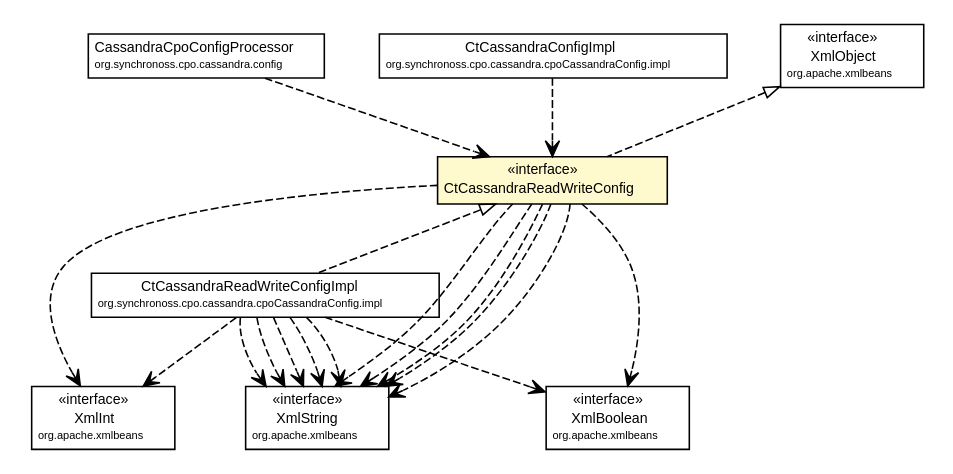
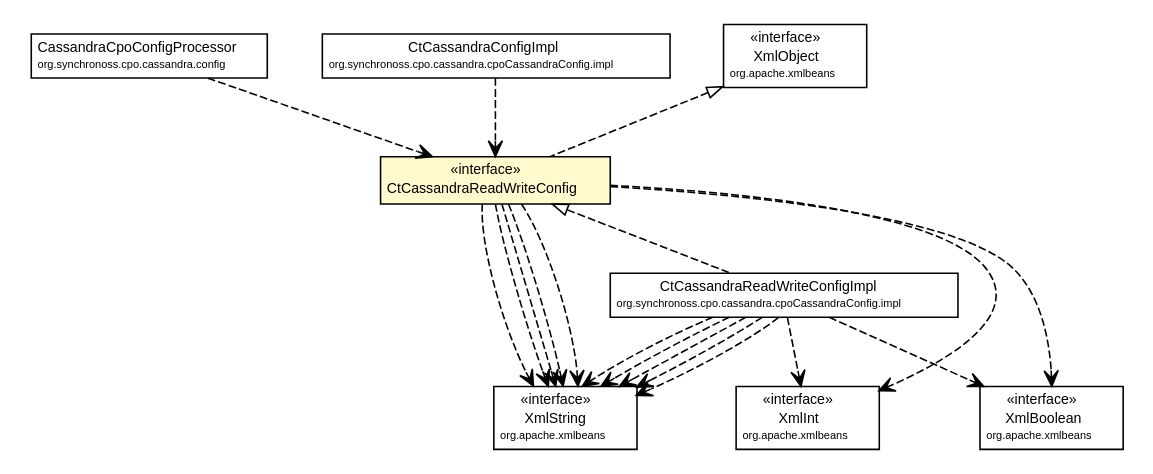
The diagram in site/apidocs/org/synchronoss/cpo/cassandra/cpoCassandraConfig/CtCassandraReadWriteConfig.dot (synchronoss/cpo-api), drawn with Graphviz before and after one commit. The commit also changed 861 other files, not shown here.

```diff
--- a/site/apidocs/org/synchronoss/cpo/cassandra/cpoCassandraConfig/CtCassandraReadWriteConfig.dot
+++ b/site/apidocs/org/synchronoss/cpo/cassandra/cpoCassandraConfig/CtCassandraReadWriteConfig.dot
@@ -1,106 +1,106 @@
 #!/usr/local/bin/dot
 #
 # Class diagram 
 # Generated by UmlGraph version 4.6 (http://www.spinellis.gr/sw/umlgraph)
 #
 
 digraph G {
 	edge [fontname="Helvetica",fontsize=10,labelfontname="Helvetica",labelfontsize=10];
 	node [fontname="Helvetica",fontsize=10,shape=plaintext];
 	// org.synchronoss.cpo.cassandra.config.CassandraCpoConfigProcessor
 	c51211 [label=<<table border="0" cellborder="1" cellspacing="0" cellpadding="2" port="p" href="../config/CassandraCpoConfigProcessor.html">
 		<tr><td><table border="0" cellspacing="0" cellpadding="1">
 			<tr><td> CassandraCpoConfigProcessor </td></tr>
 			<tr><td><font point-size="7.0"> org.synchronoss.cpo.cassandra.config </font></td></tr>
 		</table></td></tr>
 		</table>>, fontname="Helvetica", fontcolor="black", fontsize=9.0];
 	// org.synchronoss.cpo.cassandra.cpoCassandraConfig.CtCassandraReadWriteConfig
 	c51230 [label=<<table border="0" cellborder="1" cellspacing="0" cellpadding="2" port="p" bgcolor="lemonChiffon" href="./CtCassandraReadWriteConfig.html">
 		<tr><td><table border="0" cellspacing="0" cellpadding="1">
 			<tr><td> &laquo;interface&raquo; </td></tr>
 			<tr><td> CtCassandraReadWriteConfig </td></tr>
 		</table></td></tr>
 		</table>>, fontname="Helvetica", fontcolor="black", fontsize=9.0];
 	// org.synchronoss.cpo.cassandra.cpoCassandraConfig.impl.CtCassandraReadWriteConfigImpl
 	c51237 [label=<<table border="0" cellborder="1" cellspacing="0" cellpadding="2" port="p" href="./impl/CtCassandraReadWriteConfigImpl.html">
 		<tr><td><table border="0" cellspacing="0" cellpadding="1">
 			<tr><td> CtCassandraReadWriteConfigImpl </td></tr>
 			<tr><td><font point-size="7.0"> org.synchronoss.cpo.cassandra.cpoCassandraConfig.impl </font></td></tr>
 		</table></td></tr>
 		</table>>, fontname="Helvetica", fontcolor="black", fontsize=9.0];
 	// org.synchronoss.cpo.cassandra.cpoCassandraConfig.impl.CtCassandraConfigImpl
 	c51238 [label=<<table border="0" cellborder="1" cellspacing="0" cellpadding="2" port="p" href="./impl/CtCassandraConfigImpl.html">
 		<tr><td><table border="0" cellspacing="0" cellpadding="1">
 			<tr><td> CtCassandraConfigImpl </td></tr>
 			<tr><td><font point-size="7.0"> org.synchronoss.cpo.cassandra.cpoCassandraConfig.impl </font></td></tr>
 		</table></td></tr>
 		</table>>, fontname="Helvetica", fontcolor="black", fontsize=9.0];
 	//org.synchronoss.cpo.cassandra.cpoCassandraConfig.CtCassandraReadWriteConfig implements org.apache.xmlbeans.XmlObject
 	c51244:p -> c51230:p [dir=back,arrowtail=empty,style=dashed];
 	//org.synchronoss.cpo.cassandra.cpoCassandraConfig.impl.CtCassandraReadWriteConfigImpl implements org.synchronoss.cpo.cassandra.cpoCassandraConfig.CtCassandraReadWriteConfig
 	c51230:p -> c51237:p [dir=back,arrowtail=empty,style=dashed];
 	// org.synchronoss.cpo.cassandra.config.CassandraCpoConfigProcessor DEPEND org.synchronoss.cpo.cassandra.cpoCassandraConfig.CtCassandraReadWriteConfig
 	c51211:p -> c51230:p [taillabel="", label="", headlabel="", fontname="Helvetica", fontcolor="black", fontsize=10.0, color="black", arrowhead=open, style=dashed];
-	// org.synchronoss.cpo.cassandra.cpoCassandraConfig.CtCassandraReadWriteConfig DEPEND org.apache.xmlbeans.XmlInt
+	// org.synchronoss.cpo.cassandra.cpoCassandraConfig.CtCassandraReadWriteConfig DEPEND org.apache.xmlbeans.XmlString
 	c51230:p -> c51245:p [taillabel="", label="", headlabel="", fontname="Helvetica", fontcolor="black", fontsize=10.0, color="black", arrowhead=open, style=dashed];
 	// org.synchronoss.cpo.cassandra.cpoCassandraConfig.CtCassandraReadWriteConfig DEPEND org.apache.xmlbeans.XmlString
+	c51230:p -> c51245:p [taillabel="", label="", headlabel="", fontname="Helvetica", fontcolor="black", fontsize=10.0, color="black", arrowhead=open, style=dashed];
+	// org.synchronoss.cpo.cassandra.cpoCassandraConfig.CtCassandraReadWriteConfig DEPEND org.apache.xmlbeans.XmlString
+	c51230:p -> c51245:p [taillabel="", label="", headlabel="", fontname="Helvetica", fontcolor="black", fontsize=10.0, color="black", arrowhead=open, style=dashed];
+	// org.synchronoss.cpo.cassandra.cpoCassandraConfig.CtCassandraReadWriteConfig DEPEND org.apache.xmlbeans.XmlInt
 	c51230:p -> c51246:p [taillabel="", label="", headlabel="", fontname="Helvetica", fontcolor="black", fontsize=10.0, color="black", arrowhead=open, style=dashed];
 	// org.synchronoss.cpo.cassandra.cpoCassandraConfig.CtCassandraReadWriteConfig DEPEND org.apache.xmlbeans.XmlString
-	c51230:p -> c51246:p [taillabel="", label="", headlabel="", fontname="Helvetica", fontcolor="black", fontsize=10.0, color="black", arrowhead=open, style=dashed];
+	c51230:p -> c51245:p [taillabel="", label="", headlabel="", fontname="Helvetica", fontcolor="black", fontsize=10.0, color="black", arrowhead=open, style=dashed];
 	// org.synchronoss.cpo.cassandra.cpoCassandraConfig.CtCassandraReadWriteConfig DEPEND org.apache.xmlbeans.XmlString
-	c51230:p -> c51246:p [taillabel="", label="", headlabel="", fontname="Helvetica", fontcolor="black", fontsize=10.0, color="black", arrowhead=open, style=dashed];
-	// org.synchronoss.cpo.cassandra.cpoCassandraConfig.CtCassandraReadWriteConfig DEPEND org.apache.xmlbeans.XmlString
-	c51230:p -> c51246:p [taillabel="", label="", headlabel="", fontname="Helvetica", fontcolor="black", fontsize=10.0, color="black", arrowhead=open, style=dashed];
-	// org.synchronoss.cpo.cassandra.cpoCassandraConfig.CtCassandraReadWriteConfig DEPEND org.apache.xmlbeans.XmlString
-	c51230:p -> c51246:p [taillabel="", label="", headlabel="", fontname="Helvetica", fontcolor="black", fontsize=10.0, color="black", arrowhead=open, style=dashed];
+	c51230:p -> c51245:p [taillabel="", label="", headlabel="", fontname="Helvetica", fontcolor="black", fontsize=10.0, color="black", arrowhead=open, style=dashed];
 	// org.synchronoss.cpo.cassandra.cpoCassandraConfig.CtCassandraReadWriteConfig DEPEND org.apache.xmlbeans.XmlBoolean
 	c51230:p -> c51247:p [taillabel="", label="", headlabel="", fontname="Helvetica", fontcolor="black", fontsize=10.0, color="black", arrowhead=open, style=dashed];
 	// org.synchronoss.cpo.cassandra.cpoCassandraConfig.impl.CtCassandraReadWriteConfigImpl DEPEND org.apache.xmlbeans.XmlString
+	c51237:p -> c51245:p [taillabel="", label="", headlabel="", fontname="Helvetica", fontcolor="black", fontsize=10.0, color="black", arrowhead=open, style=dashed];
+	// org.synchronoss.cpo.cassandra.cpoCassandraConfig.impl.CtCassandraReadWriteConfigImpl DEPEND org.apache.xmlbeans.XmlString
+	c51237:p -> c51245:p [taillabel="", label="", headlabel="", fontname="Helvetica", fontcolor="black", fontsize=10.0, color="black", arrowhead=open, style=dashed];
+	// org.synchronoss.cpo.cassandra.cpoCassandraConfig.impl.CtCassandraReadWriteConfigImpl DEPEND org.apache.xmlbeans.XmlString
+	c51237:p -> c51245:p [taillabel="", label="", headlabel="", fontname="Helvetica", fontcolor="black", fontsize=10.0, color="black", arrowhead=open, style=dashed];
+	// org.synchronoss.cpo.cassandra.cpoCassandraConfig.impl.CtCassandraReadWriteConfigImpl DEPEND org.apache.xmlbeans.XmlInt
 	c51237:p -> c51246:p [taillabel="", label="", headlabel="", fontname="Helvetica", fontcolor="black", fontsize=10.0, color="black", arrowhead=open, style=dashed];
 	// org.synchronoss.cpo.cassandra.cpoCassandraConfig.impl.CtCassandraReadWriteConfigImpl DEPEND org.apache.xmlbeans.XmlString
-	c51237:p -> c51246:p [taillabel="", label="", headlabel="", fontname="Helvetica", fontcolor="black", fontsize=10.0, color="black", arrowhead=open, style=dashed];
-	// org.synchronoss.cpo.cassandra.cpoCassandraConfig.impl.CtCassandraReadWriteConfigImpl DEPEND org.apache.xmlbeans.XmlInt
 	c51237:p -> c51245:p [taillabel="", label="", headlabel="", fontname="Helvetica", fontcolor="black", fontsize=10.0, color="black", arrowhead=open, style=dashed];
 	// org.synchronoss.cpo.cassandra.cpoCassandraConfig.impl.CtCassandraReadWriteConfigImpl DEPEND org.apache.xmlbeans.XmlString
-	c51237:p -> c51246:p [taillabel="", label="", headlabel="", fontname="Helvetica", fontcolor="black", fontsize=10.0, color="black", arrowhead=open, style=dashed];
-	// org.synchronoss.cpo.cassandra.cpoCassandraConfig.impl.CtCassandraReadWriteConfigImpl DEPEND org.apache.xmlbeans.XmlString
-	c51237:p -> c51246:p [taillabel="", label="", headlabel="", fontname="Helvetica", fontcolor="black", fontsize=10.0, color="black", arrowhead=open, style=dashed];
-	// org.synchronoss.cpo.cassandra.cpoCassandraConfig.impl.CtCassandraReadWriteConfigImpl DEPEND org.apache.xmlbeans.XmlString
-	c51237:p -> c51246:p [taillabel="", label="", headlabel="", fontname="Helvetica", fontcolor="black", fontsize=10.0, color="black", arrowhead=open, style=dashed];
+	c51237:p -> c51245:p [taillabel="", label="", headlabel="", fontname="Helvetica", fontcolor="black", fontsize=10.0, color="black", arrowhead=open, style=dashed];
 	// org.synchronoss.cpo.cassandra.cpoCassandraConfig.impl.CtCassandraReadWriteConfigImpl DEPEND org.apache.xmlbeans.XmlBoolean
 	c51237:p -> c51247:p [taillabel="", label="", headlabel="", fontname="Helvetica", fontcolor="black", fontsize=10.0, color="black", arrowhead=open, style=dashed];
 	// org.synchronoss.cpo.cassandra.cpoCassandraConfig.impl.CtCassandraConfigImpl DEPEND org.synchronoss.cpo.cassandra.cpoCassandraConfig.CtCassandraReadWriteConfig
 	c51238:p -> c51230:p [taillabel="", label="", headlabel="", fontname="Helvetica", fontcolor="black", fontsize=10.0, color="black", arrowhead=open, style=dashed];
 	// org.apache.xmlbeans.XmlObject
 	c51244 [label=<<table border="0" cellborder="1" cellspacing="0" cellpadding="2" port="p" href="http://java.sun.com/j2se/1.4.2/docs/api/org/apache/xmlbeans/XmlObject.html">
 		<tr><td><table border="0" cellspacing="0" cellpadding="1">
 			<tr><td> &laquo;interface&raquo; </td></tr>
 			<tr><td> XmlObject </td></tr>
 			<tr><td><font point-size="7.0"> org.apache.xmlbeans </font></td></tr>
 		</table></td></tr>
 		</table>>, fontname="Helvetica", fontcolor="black", fontsize=9.0];
 	// org.apache.xmlbeans.XmlInt
-	c51245 [label=<<table border="0" cellborder="1" cellspacing="0" cellpadding="2" port="p" href="http://java.sun.com/j2se/1.4.2/docs/api/org/apache/xmlbeans/XmlInt.html">
+	c51246 [label=<<table border="0" cellborder="1" cellspacing="0" cellpadding="2" port="p" href="http://java.sun.com/j2se/1.4.2/docs/api/org/apache/xmlbeans/XmlInt.html">
 		<tr><td><table border="0" cellspacing="0" cellpadding="1">
 			<tr><td> &laquo;interface&raquo; </td></tr>
 			<tr><td> XmlInt </td></tr>
 			<tr><td><font point-size="7.0"> org.apache.xmlbeans </font></td></tr>
 		</table></td></tr>
 		</table>>, fontname="Helvetica", fontcolor="black", fontsize=9.0];
 	// org.apache.xmlbeans.XmlString
-	c51246 [label=<<table border="0" cellborder="1" cellspacing="0" cellpadding="2" port="p" href="http://java.sun.com/j2se/1.4.2/docs/api/org/apache/xmlbeans/XmlString.html">
+	c51245 [label=<<table border="0" cellborder="1" cellspacing="0" cellpadding="2" port="p" href="http://java.sun.com/j2se/1.4.2/docs/api/org/apache/xmlbeans/XmlString.html">
 		<tr><td><table border="0" cellspacing="0" cellpadding="1">
 			<tr><td> &laquo;interface&raquo; </td></tr>
 			<tr><td> XmlString </td></tr>
 			<tr><td><font point-size="7.0"> org.apache.xmlbeans </font></td></tr>
 		</table></td></tr>
 		</table>>, fontname="Helvetica", fontcolor="black", fontsize=9.0];
 	// org.apache.xmlbeans.XmlBoolean
 	c51247 [label=<<table border="0" cellborder="1" cellspacing="0" cellpadding="2" port="p" href="http://java.sun.com/j2se/1.4.2/docs/api/org/apache/xmlbeans/XmlBoolean.html">
 		<tr><td><table border="0" cellspacing="0" cellpadding="1">
 			<tr><td> &laquo;interface&raquo; </td></tr>
 			<tr><td> XmlBoolean </td></tr>
 			<tr><td><font point-size="7.0"> org.apache.xmlbeans </font></td></tr>
 		</table></td></tr>
 		</table>>, fontname="Helvetica", fontcolor="black", fontsize=9.0];
 }
```
